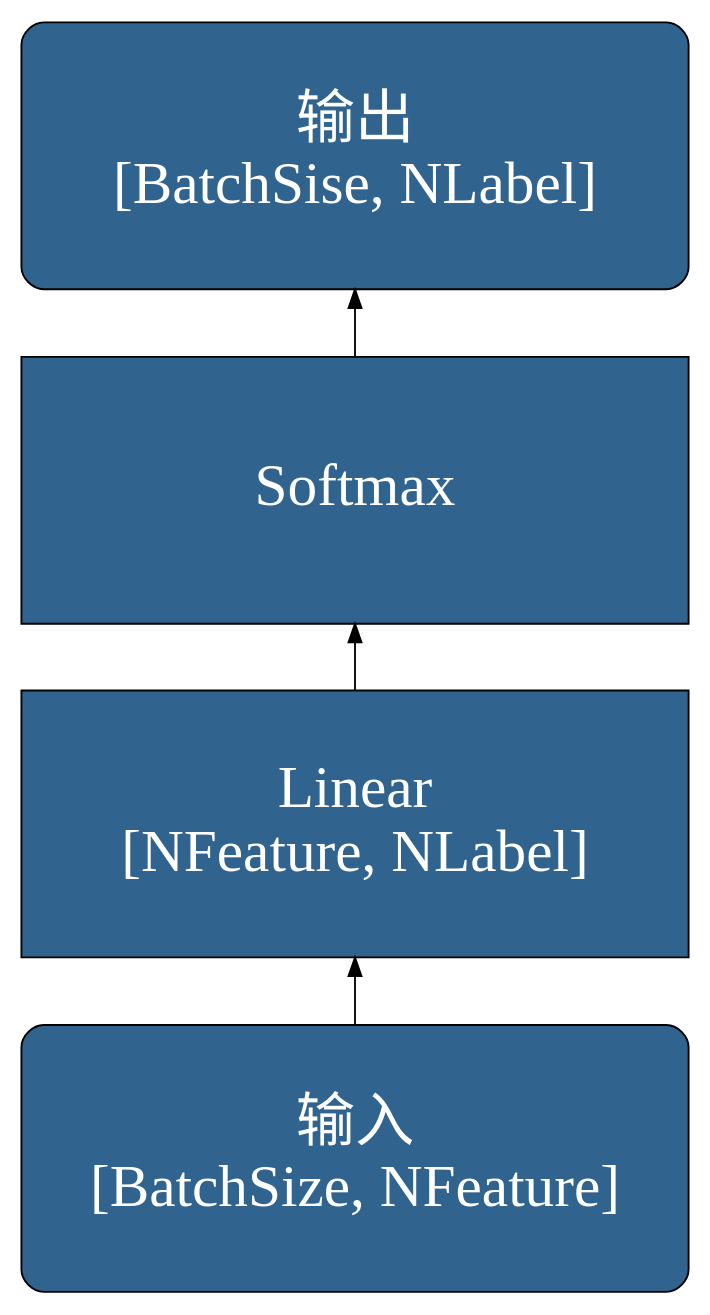
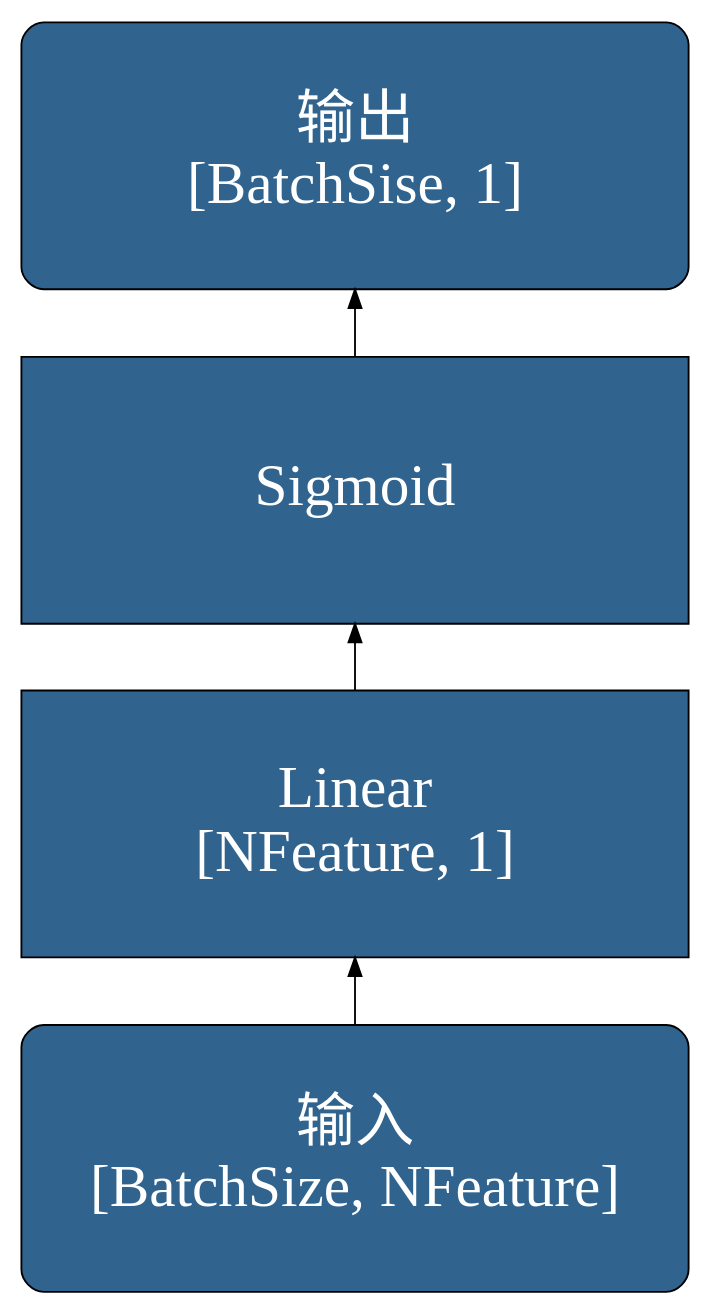
One commit to OpenDocCN/python-code-anls changed the diagram in docs/basic_dl_arch/asset/1_2_logistic_regression.dot. Above: the diagram before and after it, drawn with Graphviz. The commit also changed 2 other files, not shown here.

```diff
--- a/docs/basic_dl_arch/asset/1_2_logistic_regression.dot
+++ b/docs/basic_dl_arch/asset/1_2_logistic_regression.dot
@@ -1,21 +1,21 @@
-digraph SoftmaxRegression {
+digraph LinearRegression {
 	rankdir=BT
     node [
 		style=filled, 
 		color=Black
 		fontcolor=White, 
 		fillcolor="#30638e", 
 		fontname="SimHei",
 		fontsize=32,
 		width=5, height=2,
 		shape="box",
 	]
 	
 	
-	inp     [label="输入\n[BatchSize, NFeature]", shape="Mrecord"]
-	ll      [label="Linear\n[NFeature, NLabel]"]
-	softmax [label="Softmax"]
-	oup     [label="输出\n[BatchSise, NLabel]", shape="Mrecord"]
+	inp [label="输入\n[BatchSize, NFeature]", shape="Mrecord"]
+	ll  [label="Linear\n[NFeature, 1]"]
+	σ   [label="Sigmoid"]
+	oup [label="输出\n[BatchSise, 1]", shape="Mrecord"]
 	
-	inp -> ll -> softmax -> oup
+	inp -> ll -> σ -> oup
 }
```
